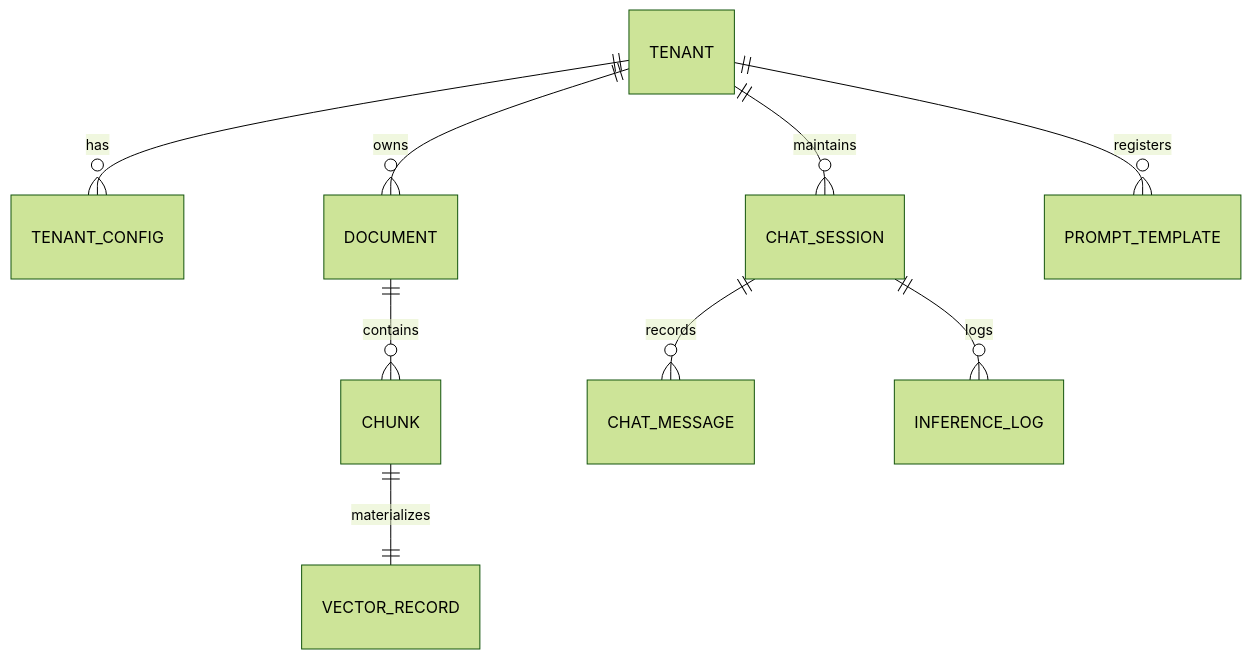
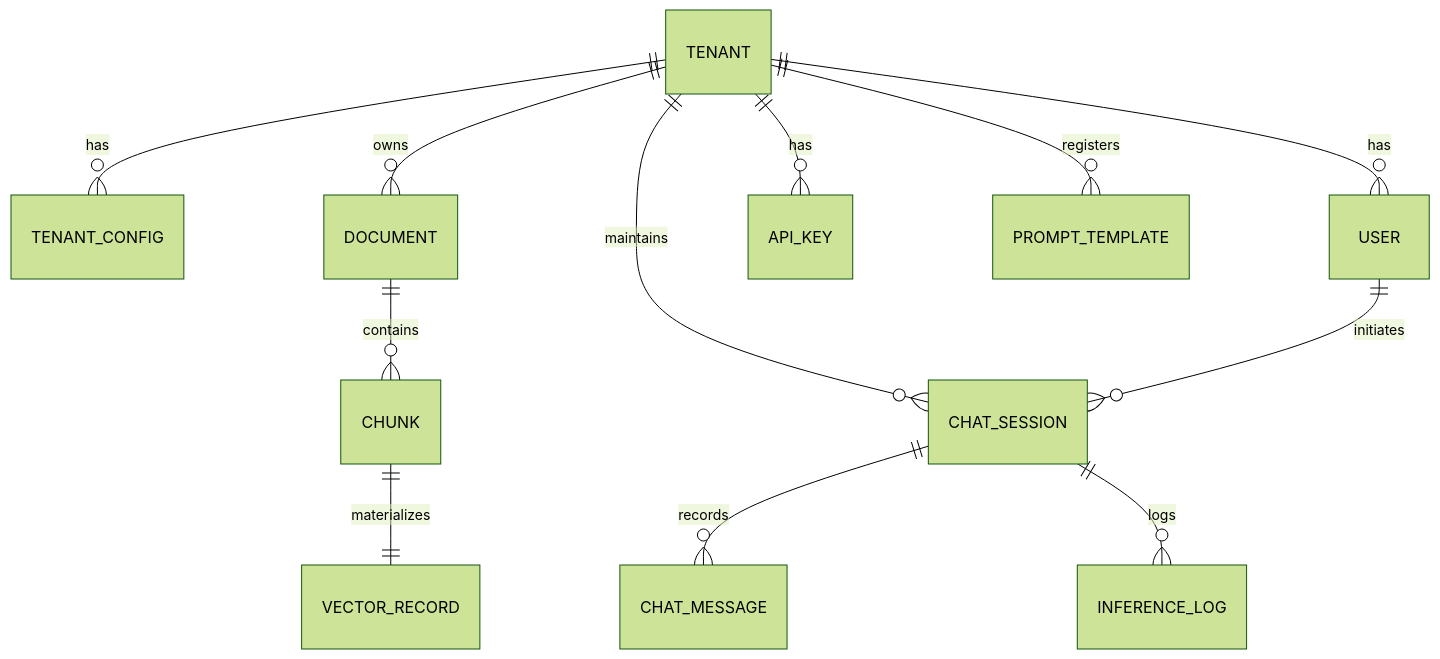
Before and after one commit to prat3010/retriever: the second of 2 diagrams in docs/features/core-platform.md, drawn with Mermaid (forest theme). The commit also changed other lines of this file and 79 other files, not shown here.

````diff
--- a/docs/features/core-platform.md
+++ b/docs/features/core-platform.md
@@ -169,11 +174,14 @@
 ```mermaid
 erDiagram
     TENANT ||--o{ TENANT_CONFIG : has
     TENANT ||--o{ DOCUMENT : owns
     TENANT ||--o{ CHAT_SESSION : maintains
+    TENANT ||--o{ USER : has
+    TENANT ||--o{ API_KEY : has
     DOCUMENT ||--o{ CHUNK : contains
     CHUNK ||--|| VECTOR_RECORD : materializes
     TENANT ||--o{ PROMPT_TEMPLATE : registers
     CHAT_SESSION ||--o{ CHAT_MESSAGE : records
     CHAT_SESSION ||--o{ INFERENCE_LOG : logs
+    USER ||--o{ CHAT_SESSION : initiates
 ```
````
